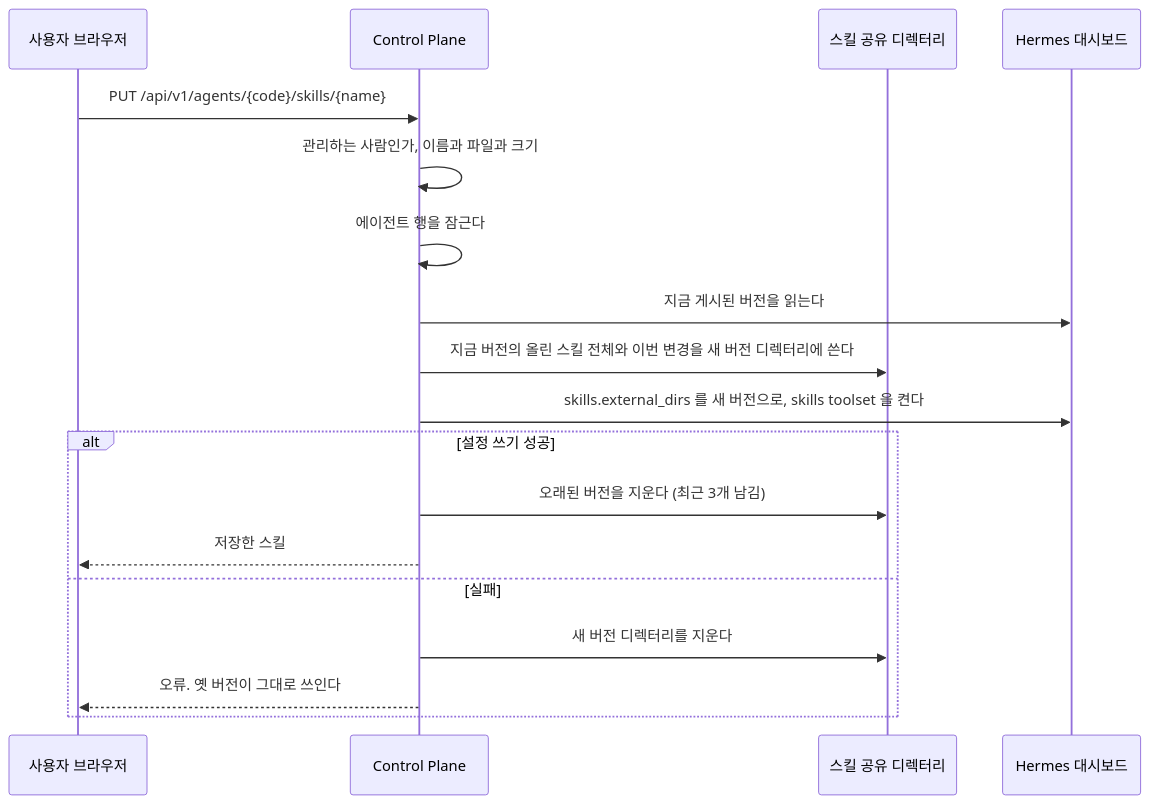
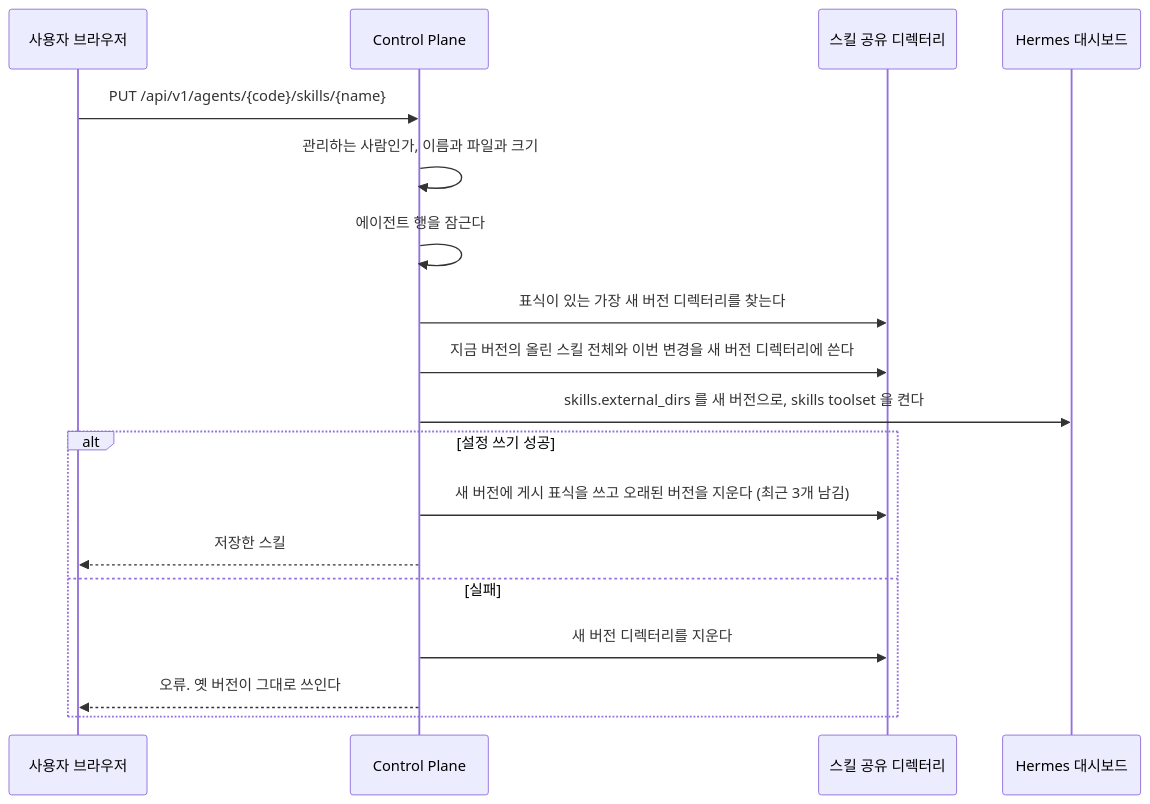
One commit to jon890/fos-assistant changed the eighth of 25 diagrams in docs/flow.md. Above: the diagram before and after it, drawn with Mermaid. The commit also changed 4 other files, not shown here.

````diff
--- a/docs/flow.md
+++ b/docs/flow.md
@@ -333,21 +333,21 @@
 ```mermaid
 sequenceDiagram
     participant U as 사용자 브라우저
     participant C as Control Plane
     participant F as 스킬 공유 디렉터리
     participant D as Hermes 대시보드
 
     U->>C: PUT /api/v1/agents/{code}/skills/{name}
     C->>C: 관리하는 사람인가, 이름과 파일과 크기
     C->>C: 에이전트 행을 잠근다
-    C->>D: 지금 게시된 버전을 읽는다
+    C->>F: 표식이 있는 가장 새 버전 디렉터리를 찾는다
     C->>F: 지금 버전의 올린 스킬 전체와 이번 변경을 새 버전 디렉터리에 쓴다
     C->>D: skills.external_dirs 를 새 버전으로, skills toolset 을 켠다
     alt 설정 쓰기 성공
-        C->>F: 오래된 버전을 지운다 (최근 3개 남김)
+        C->>F: 새 버전에 게시 표식을 쓰고 오래된 버전을 지운다 (최근 3개 남김)
         C-->>U: 저장한 스킬
     else 실패
         C->>F: 새 버전 디렉터리를 지운다
         C-->>U: 오류. 옛 버전이 그대로 쓰인다
     end
 ```
````
